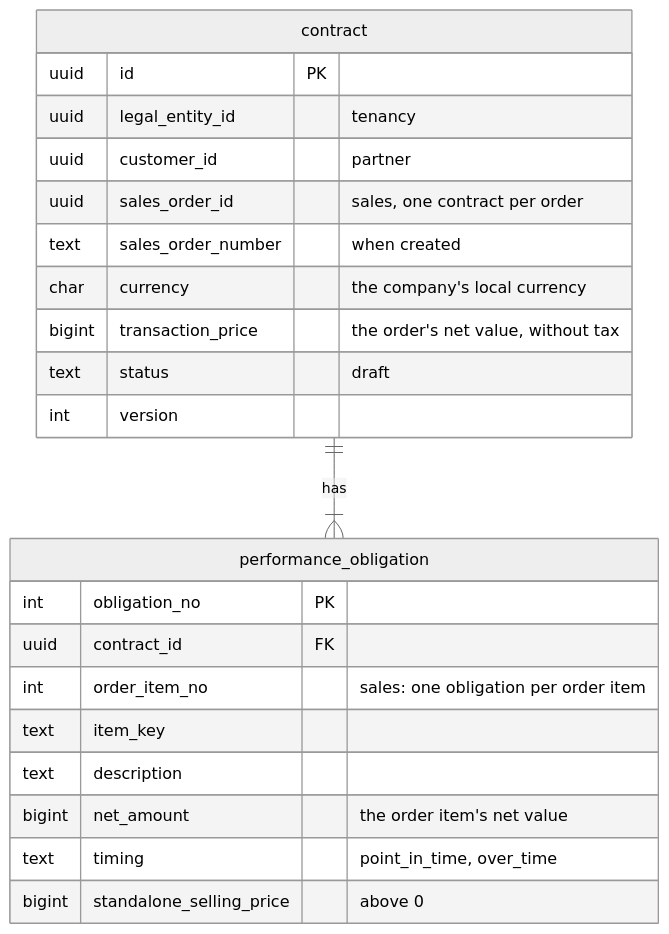
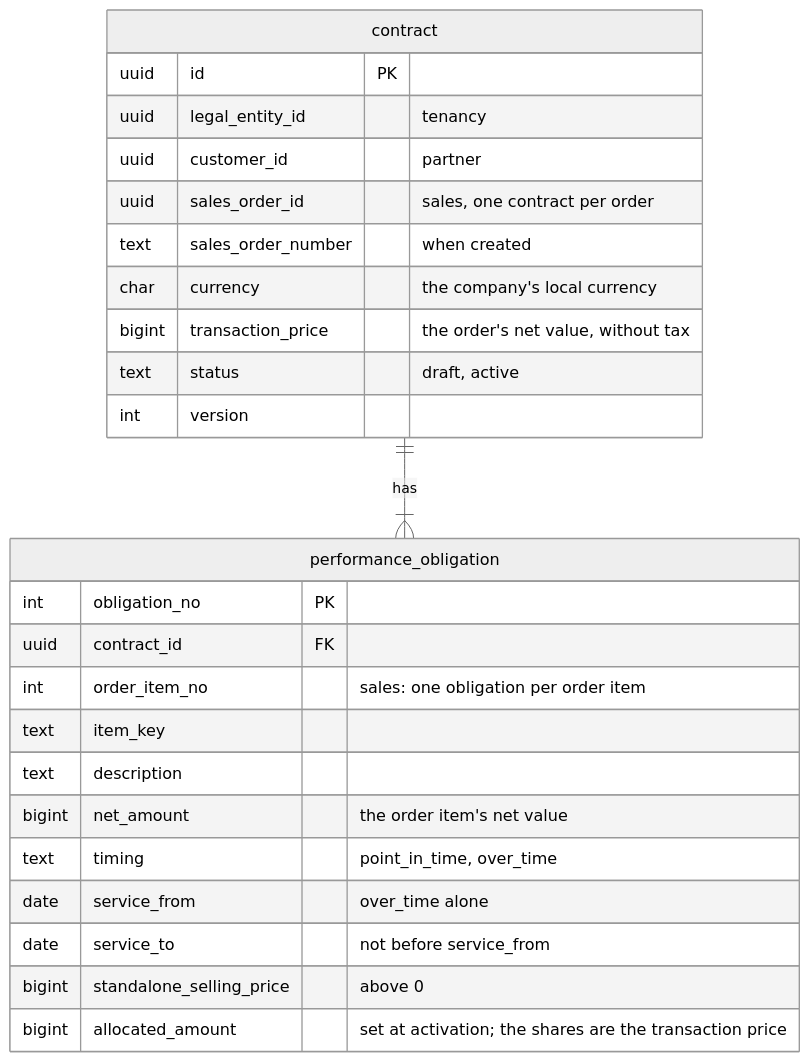
One commit to mustie7iy/agentic-erp changed diagram 17 of 17 in docs/design/03-data-model.md. Above: the diagram before and after it, drawn with Mermaid (neutral theme). The commit also changed other lines of this file and 36 other files, not shown here.

````diff
--- a/docs/design/03-data-model.md
+++ b/docs/design/03-data-model.md
@@ -4437,21 +4439,24 @@
 ```mermaid
 erDiagram
   contract ||--|{ performance_obligation : "has"
   contract { uuid id PK
     uuid legal_entity_id "tenancy"
     uuid customer_id "partner"
     uuid sales_order_id "sales, one contract per order"
     text sales_order_number "when created"
     char currency "the company's local currency"
     bigint transaction_price "the order's net value, without tax"
-    text status "draft"
+    text status "draft, active"
     int version }
   performance_obligation { int obligation_no PK
     uuid contract_id FK
     int order_item_no "sales: one obligation per order item"
     text item_key
     text description
     bigint net_amount "the order item's net value"
     text timing "point_in_time, over_time"
-    bigint standalone_selling_price "above 0" }
+    date service_from "over_time alone"
+    date service_to "not before service_from"
+    bigint standalone_selling_price "above 0"
+    bigint allocated_amount "set at activation; the shares are the transaction price" }
 ```
````
